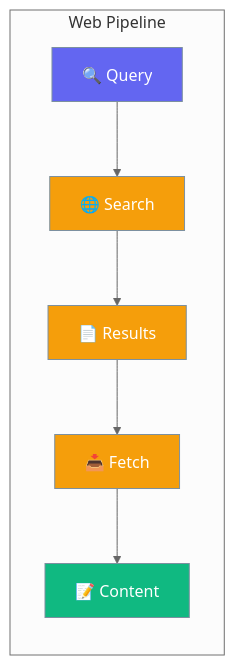
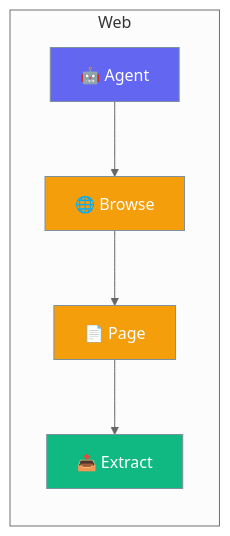
The diagram in docs/rust/web.mdx (MervinPraison/PraisonAIDocs), drawn with Mermaid (neutral theme) before and after one commit. The commit also changed other lines of this file and 87 other files, not shown here.

````diff
--- a/docs/rust/web.mdx
+++ b/docs/rust/web.mdx
@@ -10,17 +10,16 @@
 ```mermaid
 graph LR
-    subgraph "Web Pipeline"
-        Q[🔍 Query] --> S[🌐 Search]
-        S --> R[📄 Results]
-        R --> F[📥 Fetch]
-        F --> C[📝 Content]
+    subgraph "Web"
+        A[🤖 Agent] --> B[🌐 Browse]
+        B --> P[📄 Page]
+        P --> E[📤 Extract]
     end
     
-    classDef query fill:#6366F1,stroke:#7C90A0,color:#fff
-    classDef process fill:#F59E0B,stroke:#7C90A0,color:#fff
+    classDef agent fill:#6366F1,stroke:#7C90A0,color:#fff
+    classDef web fill:#F59E0B,stroke:#7C90A0,color:#fff
     classDef output fill:#10B981,stroke:#7C90A0,color:#fff
     
-    class Q query
-    class S,R,F process
-    class C output
+    class A agent
+    class B,P web
+    class E output
 ```
````
